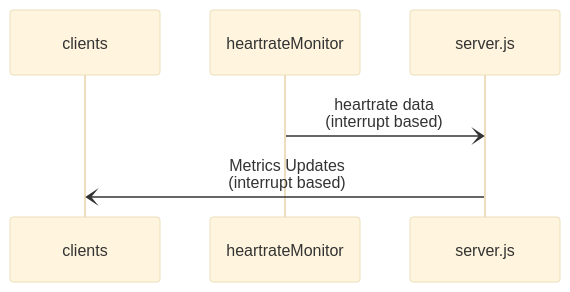
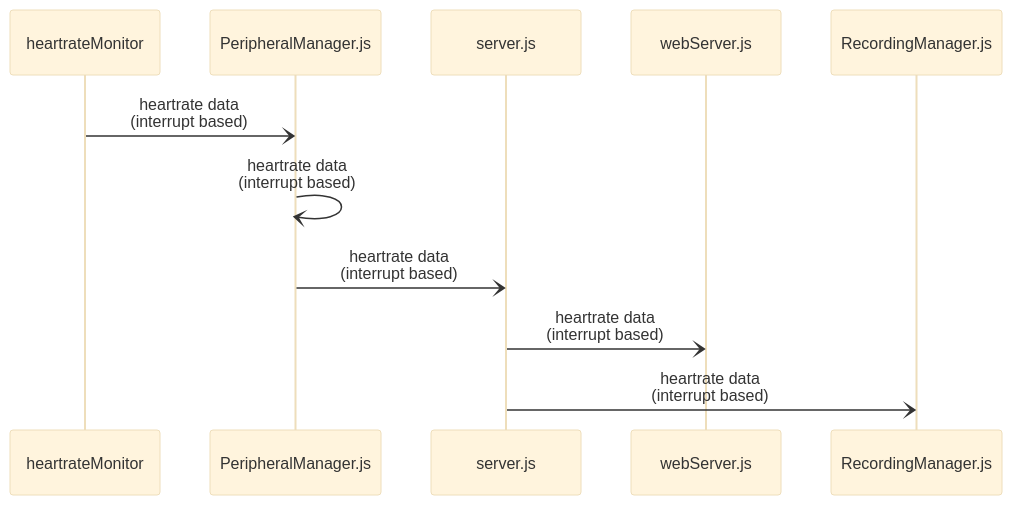
The fourth of 6 diagrams in docs/Architecture.md (LauraVEkris/openrowingmonitor), drawn with Mermaid (base theme) before and after one commit. The commit also changed other lines of this file, not shown here.

Commit message:
Better depiction of HRM data flow

````diff
--- a/docs/Architecture.md
+++ b/docs/Architecture.md
@@ -145,8 +145,13 @@
 ```mermaid
 sequenceDiagram
-  participant clients
   participant heartrateMonitor
+  participant PeripheralManager.js
   participant server.js
-  heartrateMonitor-)server.js: heartrate data<br>(interrupt based)
-  server.js-)clients: Metrics Updates<br>(interrupt based)
+  participant webServer.js
+  participant RecordingManager.js
+  heartrateMonitor-)PeripheralManager.js: heartrate data<br>(interrupt based)
+  PeripheralManager.js-)PeripheralManager.js: heartrate data<br>(interrupt based)
+  PeripheralManager.js-)server.js: heartrate data<br>(interrupt based)
+  server.js-)webServer.js: heartrate data<br>(interrupt based)
+  server.js-)RecordingManager.js: heartrate data<br>(interrupt based)
 ```
````
